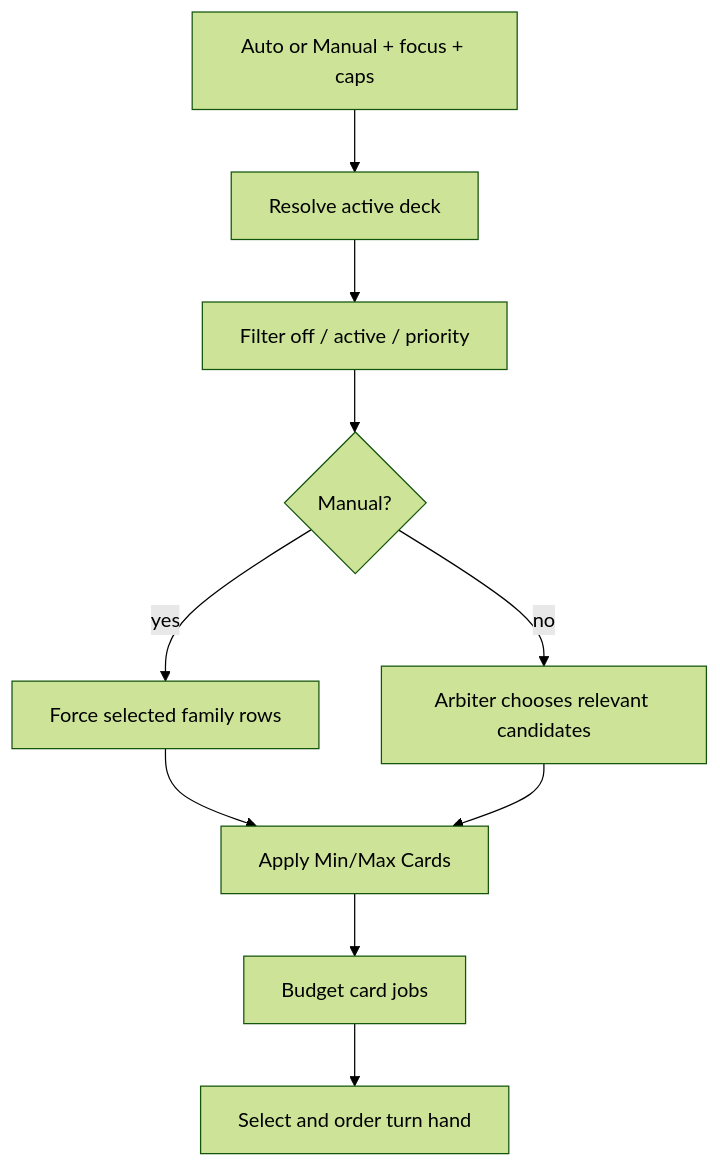
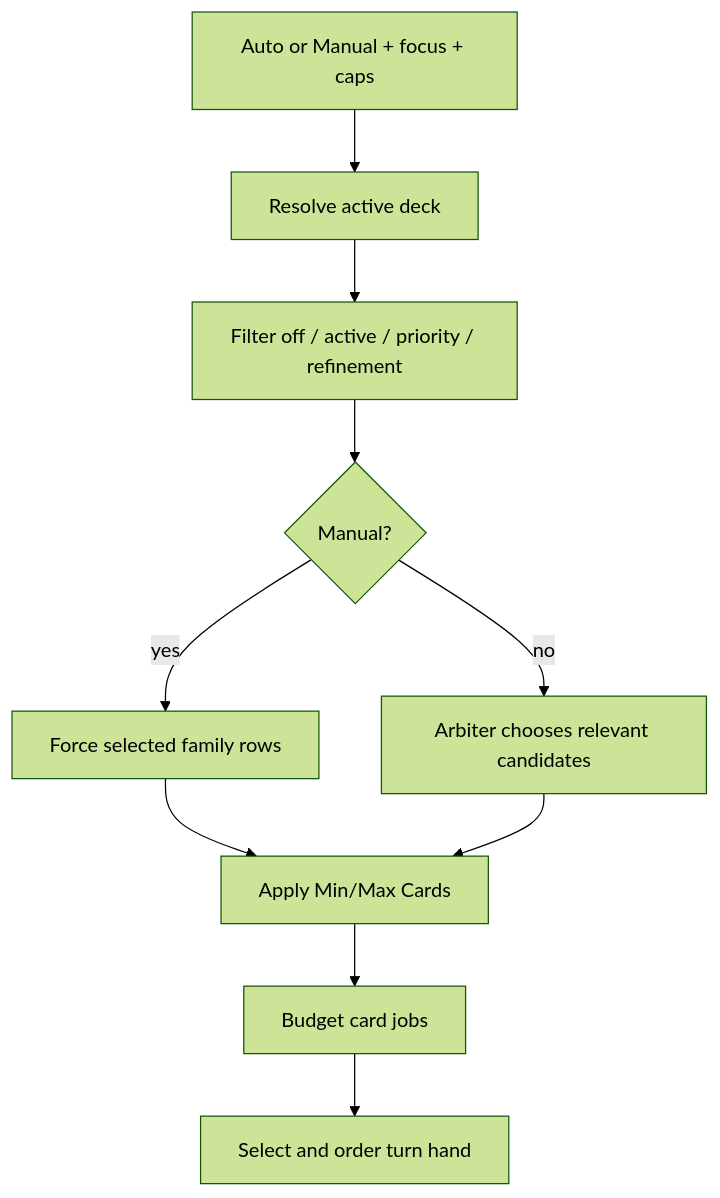
Before and after one commit to MentallyQuill/Recursion: the third of 5 diagrams in docs/technical/CARD_DECK_AND_HAND.md, drawn with Mermaid (forest theme). The commit also changed other lines of this file and 8 other files, not shown here.

````diff
--- a/docs/technical/CARD_DECK_AND_HAND.md
+++ b/docs/technical/CARD_DECK_AND_HAND.md
@@ -46,12 +49,12 @@
 ```mermaid
 flowchart TD
     Settings[Auto or Manual + focus + caps] --> Deck[Resolve active deck]
-    Deck --> State[Filter off / active / priority]
+    Deck --> State[Filter off / active / priority / refinement]
     State --> Mode{Manual?}
     Mode -->|yes| Forced[Force selected family rows]
     Mode -->|no| Auto[Arbiter chooses relevant candidates]
     Forced --> Cap[Apply Min/Max Cards]
     Auto --> Cap
     Cap --> Jobs[Budget card jobs]
     Jobs --> Hand[Select and order turn hand]
 ```
````
